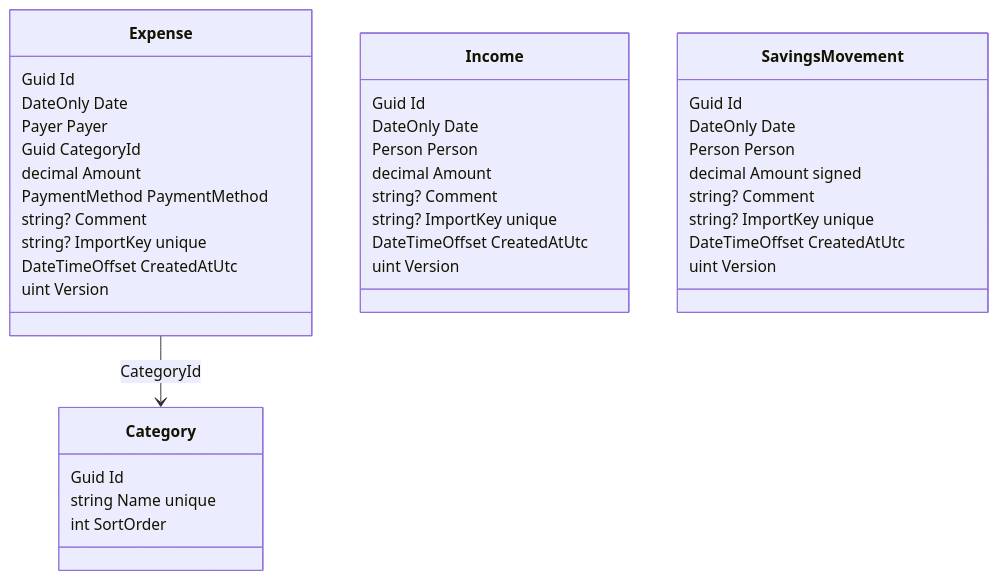
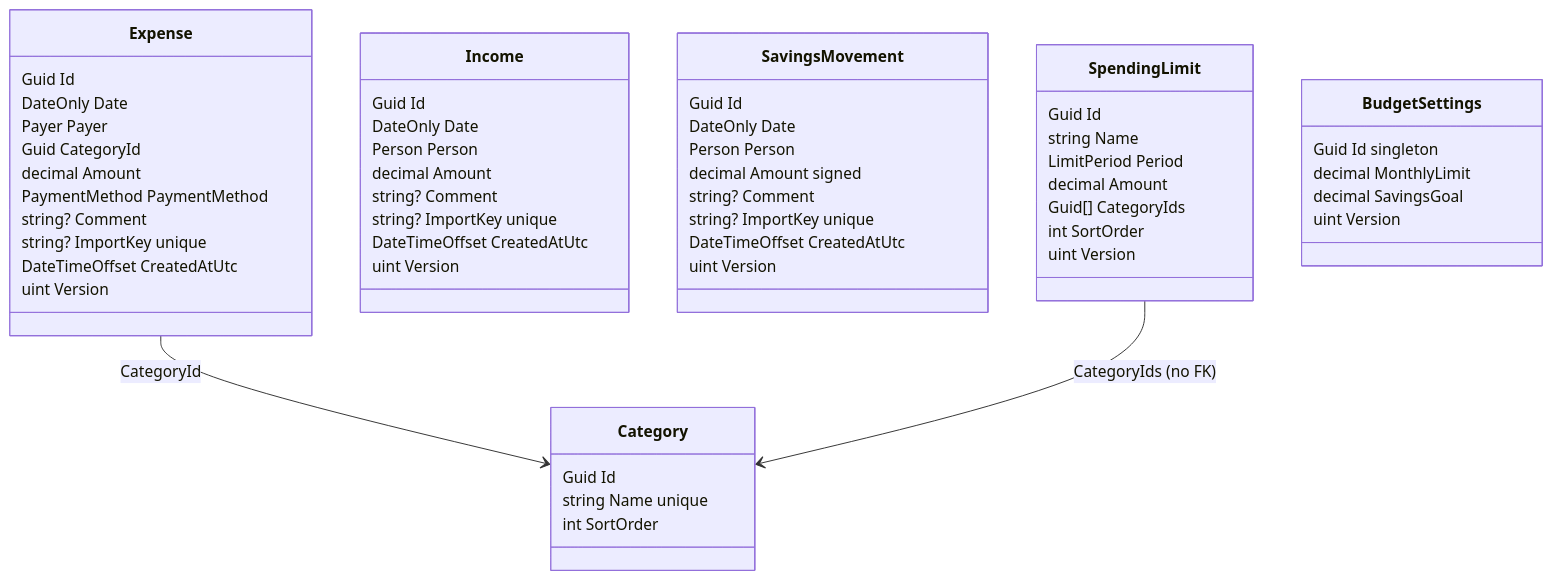
One commit to Weretik/home-app changed the diagram in api/docs/modules/expenses.md. Above: the diagram before and after it, drawn with Mermaid. The commit also changed other lines of this file and 146 other files, not shown here.

First line of the commit message:
Expenses: period filter, spending limits and settings, savings goal, home summary

````diff
--- a/api/docs/modules/expenses.md
+++ b/api/docs/modules/expenses.md
@@ -13,41 +15,57 @@
 ```mermaid
 classDiagram
     class Category {
         Guid Id
         string Name  unique
         int SortOrder
     }
     class Expense {
         Guid Id
         DateOnly Date
         Payer Payer
         Guid CategoryId
         decimal Amount
         PaymentMethod PaymentMethod
         string? Comment
         string? ImportKey  unique
         DateTimeOffset CreatedAtUtc
         uint Version
     }
     class Income {
         Guid Id
         DateOnly Date
         Person Person
         decimal Amount
         string? Comment
         string? ImportKey  unique
         DateTimeOffset CreatedAtUtc
         uint Version
     }
     class SavingsMovement {
         Guid Id
         DateOnly Date
         Person Person
         decimal Amount  signed
         string? Comment
         string? ImportKey  unique
         DateTimeOffset CreatedAtUtc
         uint Version
     }
+    class SpendingLimit {
+        Guid Id
+        string Name
+        LimitPeriod Period
+        decimal Amount
+        Guid[] CategoryIds
+        int SortOrder
+        uint Version
+    }
+    class BudgetSettings {
+        Guid Id  singleton
+        decimal MonthlyLimit
+        decimal SavingsGoal
+        uint Version
+    }
     Expense --> Category : CategoryId
+    SpendingLimit --> Category : CategoryIds (no FK)
 ```
````
